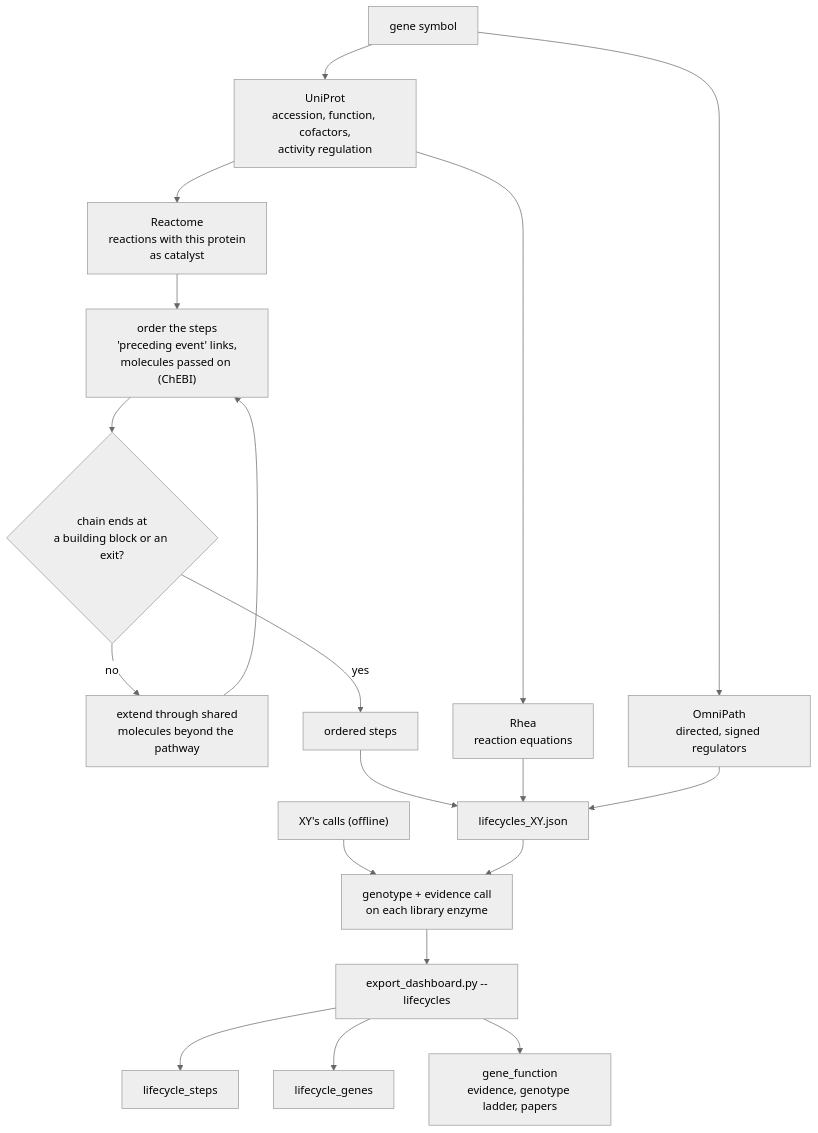
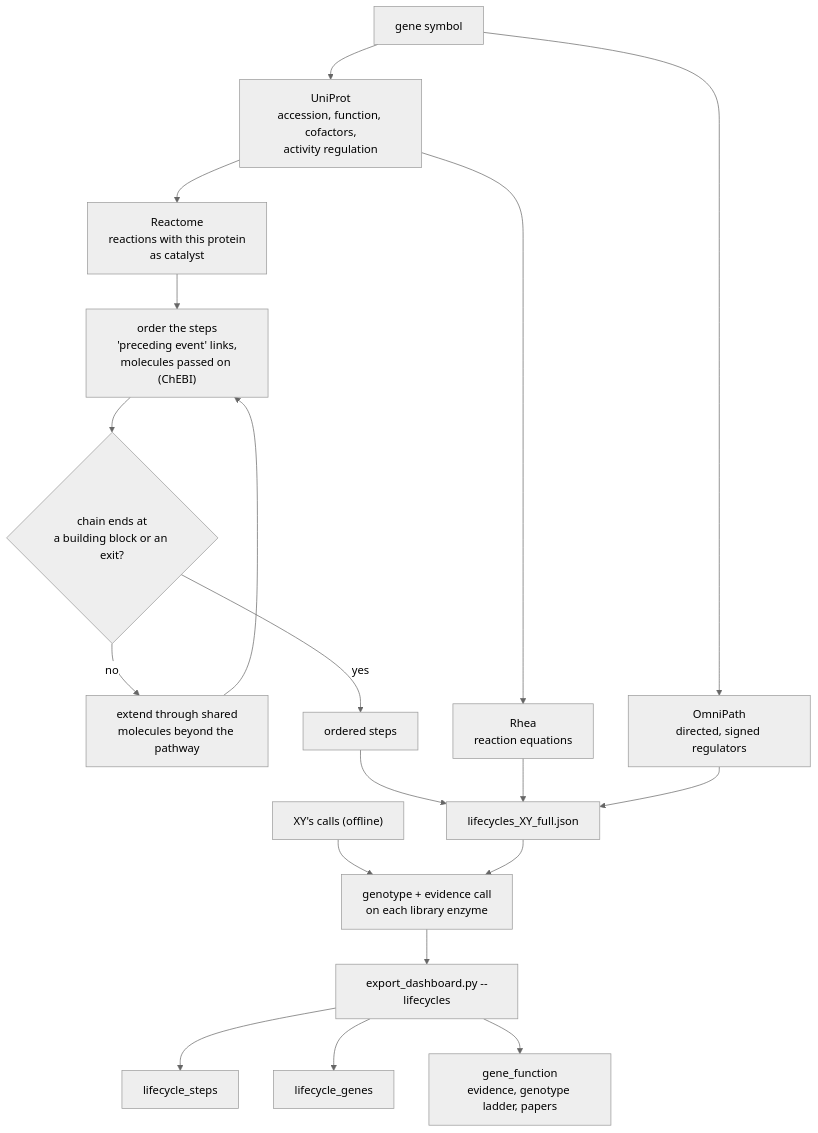
One commit to Lyceriuss/DNA-Analyzer changed the first of 2 diagrams in docs/architecture/lifecycles.md. Above: the diagram before and after it, drawn with Mermaid (neutral theme). The commit also changed 3 other files, not shown here.

First line of the commit message:
Docs: the explorer export uses lifecycles_XY_full.json (the 207-gene walk)

````diff
--- a/docs/architecture/lifecycles.md
+++ b/docs/architecture/lifecycles.md
@@ -9,19 +9,19 @@
 ```mermaid
 flowchart TB
     G["gene symbol"] --> UP["UniProt<br/>accession, function, cofactors,<br/>activity regulation"]
     UP --> RX["Reactome<br/>reactions with this protein<br/>as catalyst"]
     RX --> ORD["order the steps<br/>'preceding event' links,<br/>molecules passed on (ChEBI)"]
     ORD --> EXT{"chain ends at<br/>a building block or an exit?"}
     EXT -->|no| SHARE["extend through shared<br/>molecules beyond the pathway"]
     SHARE --> ORD
     EXT -->|yes| STEPS["ordered steps"]
     UP --> RH["Rhea<br/>reaction equations"]
     G --> OP["OmniPath<br/>directed, signed regulators"]
-    STEPS & RH & OP --> LC["lifecycles_XY.json"]
+    STEPS & RH & OP --> LC["lifecycles_XY_full.json"]
     CALLS["XY's calls (offline)"] --> OVER["genotype + evidence call<br/>on each library enzyme"]
     LC --> OVER
     OVER --> EXP["export_dashboard.py --lifecycles"]
     EXP --> D1["lifecycle_steps"]
     EXP --> D2["lifecycle_genes"]
     EXP --> D3["gene_function<br/>evidence, genotype ladder, papers"]
 ```
````
